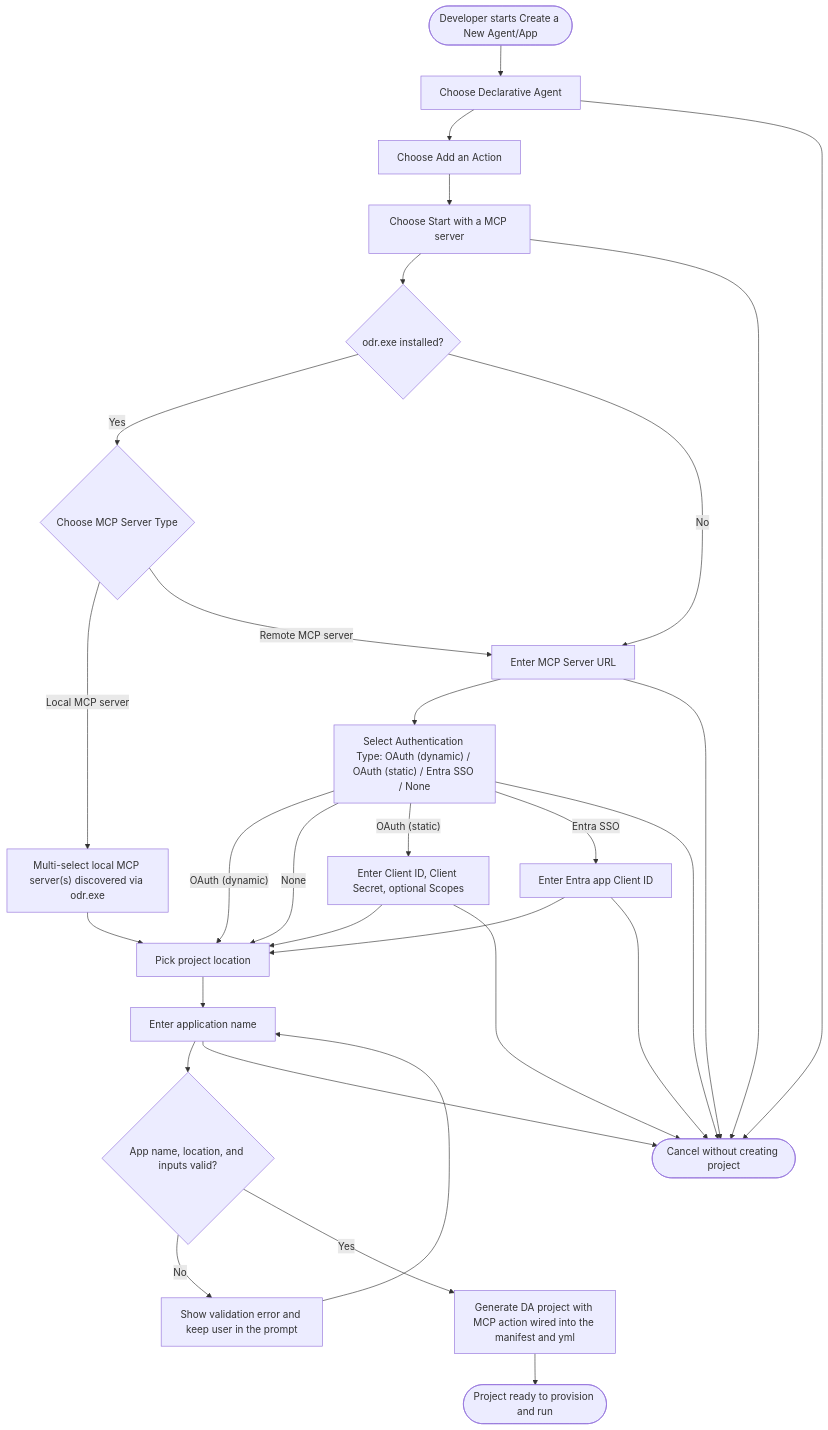
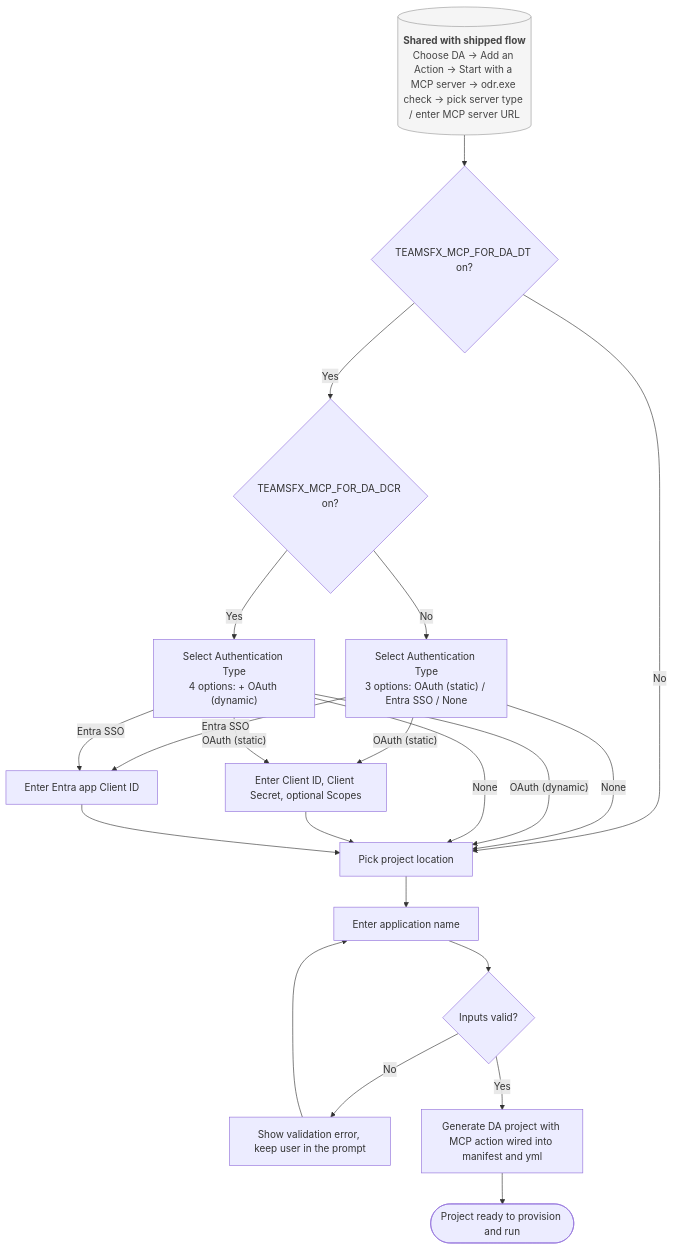
One commit to OfficeDev/microsoft-365-agents-toolkit changed the first of 4 diagrams in docs/01-product/scenarios/da/draft/create-da-with-mcp-server.md. Above: the diagram before and after it, drawn with Mermaid. The commit also changed other lines of this file and 3 other files, not shown here.

First line of the commit message:
docs(da): refine MCP-for-DA draft scenarios for DT/DCR flag gating

````diff
--- a/docs/01-product/scenarios/da/draft/create-da-with-mcp-server.md
+++ b/docs/01-product/scenarios/da/draft/create-da-with-mcp-server.md
@@ -69,32 +73,26 @@
 ```mermaid
 flowchart TD
-  Start([Developer starts Create a New Agent/App]) --> ChooseDA[Choose Declarative Agent]
-  ChooseDA --> AddAction[Choose Add an Action]
-  AddAction --> McpAction[Choose Start with a MCP server]
-  McpAction --> OdrCheck{odr.exe installed?}
-  OdrCheck -- Yes --> ServerType{Choose MCP Server Type}
-  OdrCheck -- No --> EnterUrl[Enter MCP Server URL]
-  ServerType -- Local MCP server --> LocalMcp["Multi-select local MCP server(s) discovered via odr.exe"]
-  ServerType -- Remote MCP server --> EnterUrl
-  LocalMcp --> AfterAuth
-  EnterUrl --> SelectAuth["Select Authentication Type: OAuth (dynamic) / OAuth (static) / Entra SSO / None"]
-  SelectAuth -- "OAuth (dynamic)" --> AfterAuth
-  SelectAuth -- None --> AfterAuth
-  SelectAuth -- "OAuth (static)" --> StaticFields["Enter Client ID, Client Secret, optional Scopes"]
-  SelectAuth -- "Entra SSO" --> SsoFields[Enter Entra app Client ID]
-  StaticFields --> AfterAuth[Pick project location]
-  SsoFields --> AfterAuth
-  AfterAuth --> EnterAppName[Enter application name]
-  EnterAppName --> Validate{App name, location, and inputs valid?}
-  Validate -- No --> ShowInputRecovery[Show validation error and keep user in the prompt]
+  Preamble[("<b>Shared with shipped flow</b><br/>Choose DA &rarr; Add an Action &rarr; Start with a MCP server &rarr; odr.exe check &rarr; pick server type / enter MCP server URL")] --> DtGate{TEAMSFX_MCP_FOR_DA_DT on?}
+  DtGate -- No --> PickLocation[Pick project location]
+  DtGate -- Yes --> DcrGate{TEAMSFX_MCP_FOR_DA_DCR on?}
+  DcrGate -- No --> SelectAuth3["Select Authentication Type<br/>3 options: OAuth (static) / Entra SSO / None"]
+  DcrGate -- Yes --> SelectAuth4["Select Authentication Type<br/>4 options: + OAuth (dynamic)"]
+  SelectAuth3 -- None --> PickLocation
+  SelectAuth3 -- "OAuth (static)" --> StaticFields["Enter Client ID, Client Secret, optional Scopes"]
+  SelectAuth3 -- "Entra SSO" --> SsoFields[Enter Entra app Client ID]
+  SelectAuth4 -- "OAuth (dynamic)" --> PickLocation
+  SelectAuth4 -- None --> PickLocation
+  SelectAuth4 -- "OAuth (static)" --> StaticFields
+  SelectAuth4 -- "Entra SSO" --> SsoFields
+  StaticFields --> PickLocation
+  SsoFields --> PickLocation
+  PickLocation --> EnterAppName[Enter application name]
+  EnterAppName --> Validate{Inputs valid?}
+  Validate -- No --> ShowInputRecovery[Show validation error, keep user in the prompt]
   ShowInputRecovery --> EnterAppName
-  Validate -- Yes --> Generate[Generate DA project with MCP action wired into the manifest and yml]
+  Validate -- Yes --> Generate[Generate DA project with MCP action wired into manifest and yml]
   Generate --> ProjectReady([Project ready to provision and run])
-  ChooseDA --> Cancel([Cancel without creating project])
-  McpAction --> Cancel
-  EnterUrl --> Cancel
-  SelectAuth --> Cancel
-  StaticFields --> Cancel
-  SsoFields --> Cancel
-  EnterAppName --> Cancel
+
+  classDef shared fill:#f5f5f5,stroke:#999,color:#444
+  class Preamble shared
 ```
````
